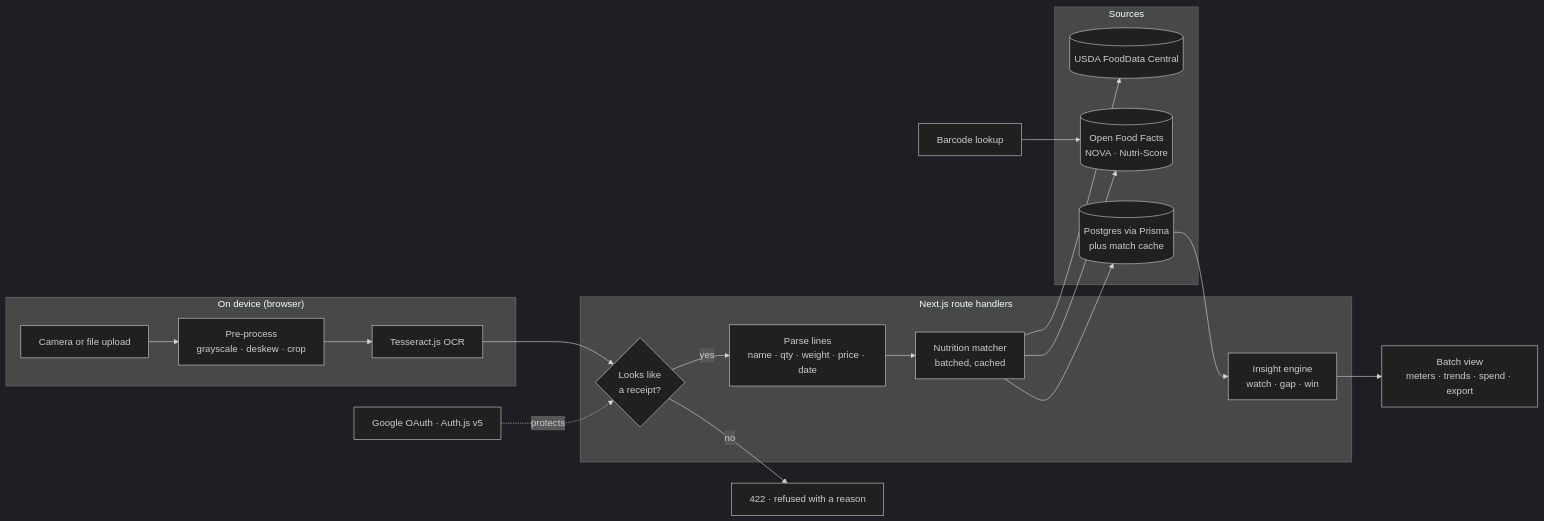
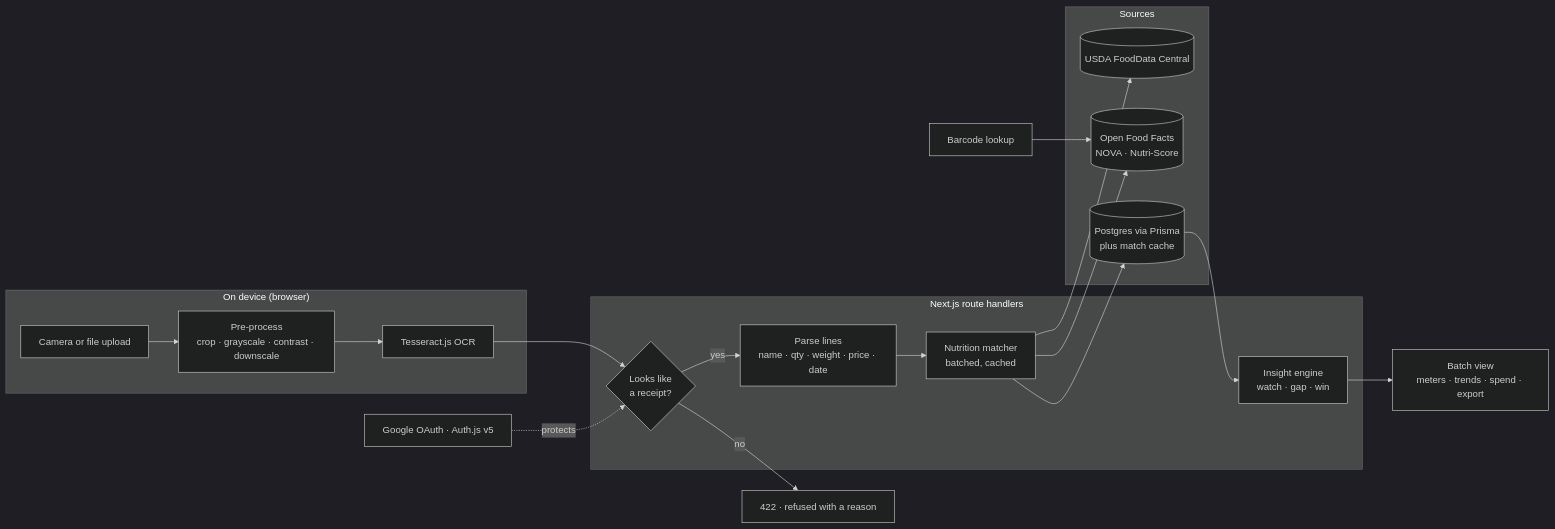
One commit to kandulanikhilvarma/cartwise changed the first of 4 diagrams in README.md. Above: the diagram before and after it, drawn with Mermaid (dark theme). The commit also changed other lines of this file and 2 other files, not shown here.

````diff
--- a/README.md
+++ b/README.md
@@ -77,27 +79,27 @@
 ```mermaid
 flowchart LR
   subgraph Device["On device (browser)"]
     CAM["Camera or file upload"]
-    PRE["Pre-process<br/>grayscale · deskew · crop"]
+    PRE["Pre-process<br/>crop · grayscale · contrast · downscale"]
     OCR["Tesseract.js OCR"]
   end
   subgraph Server["Next.js route handlers"]
     GUARD{"Looks like<br/>a receipt?"}
     PARSE["Parse lines<br/>name · qty · weight · price · date"]
     MATCH["Nutrition matcher<br/>batched, cached"]
     INSIGHT["Insight engine<br/>watch · gap · win"]
   end
   subgraph Data["Sources"]
     USDA[("USDA FoodData Central")]
     OFF[("Open Food Facts<br/>NOVA · Nutri-Score")]
     PG[("Postgres via Prisma<br/>plus match cache")]
   end
   CAM --> PRE --> OCR --> GUARD
   GUARD -- "no" --> REJ["422 · refused with a reason"]
   GUARD -- "yes" --> PARSE --> MATCH
   MATCH --> USDA
   MATCH --> OFF
   MATCH --> PG --> INSIGHT --> UI["Batch view<br/>meters · trends · spend · export"]
   BC["Barcode lookup"] --> OFF
   AUTH["Google OAuth · Auth.js v5"] -. protects .-> GUARD
 ```
````
